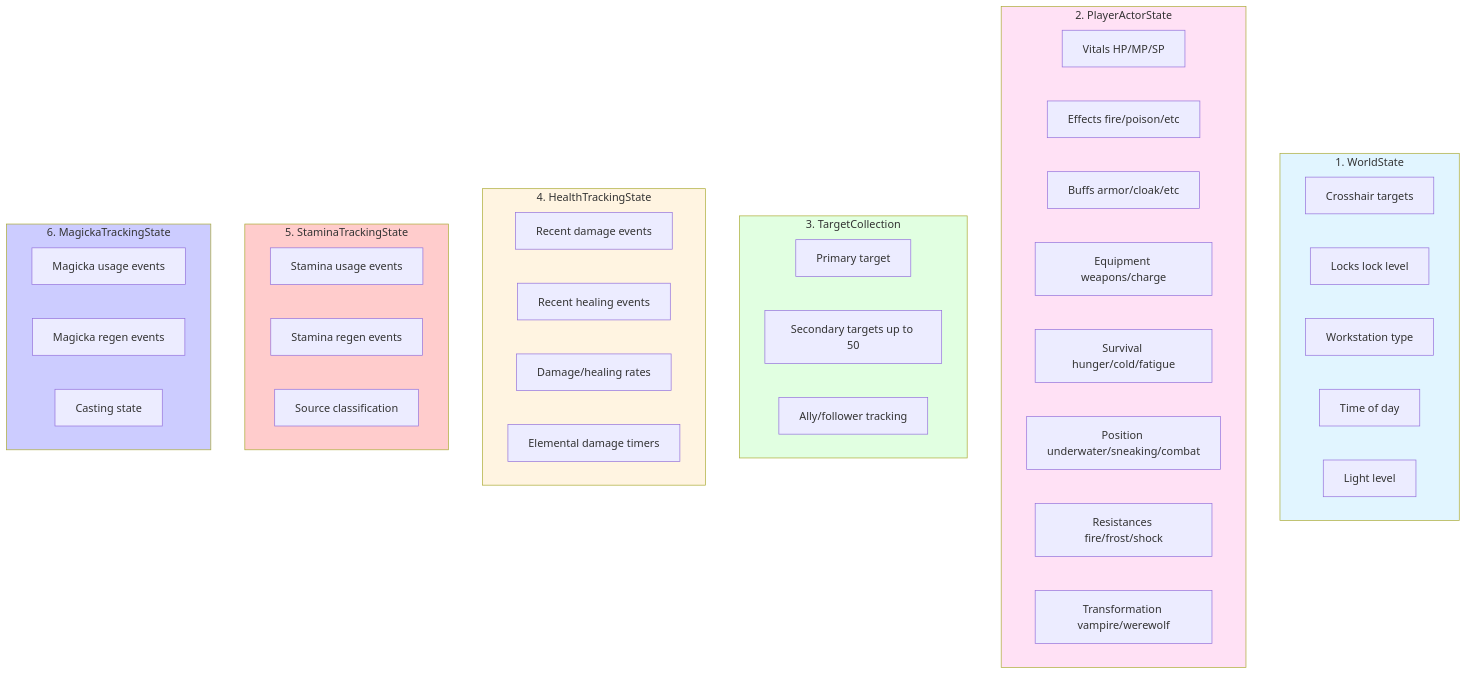
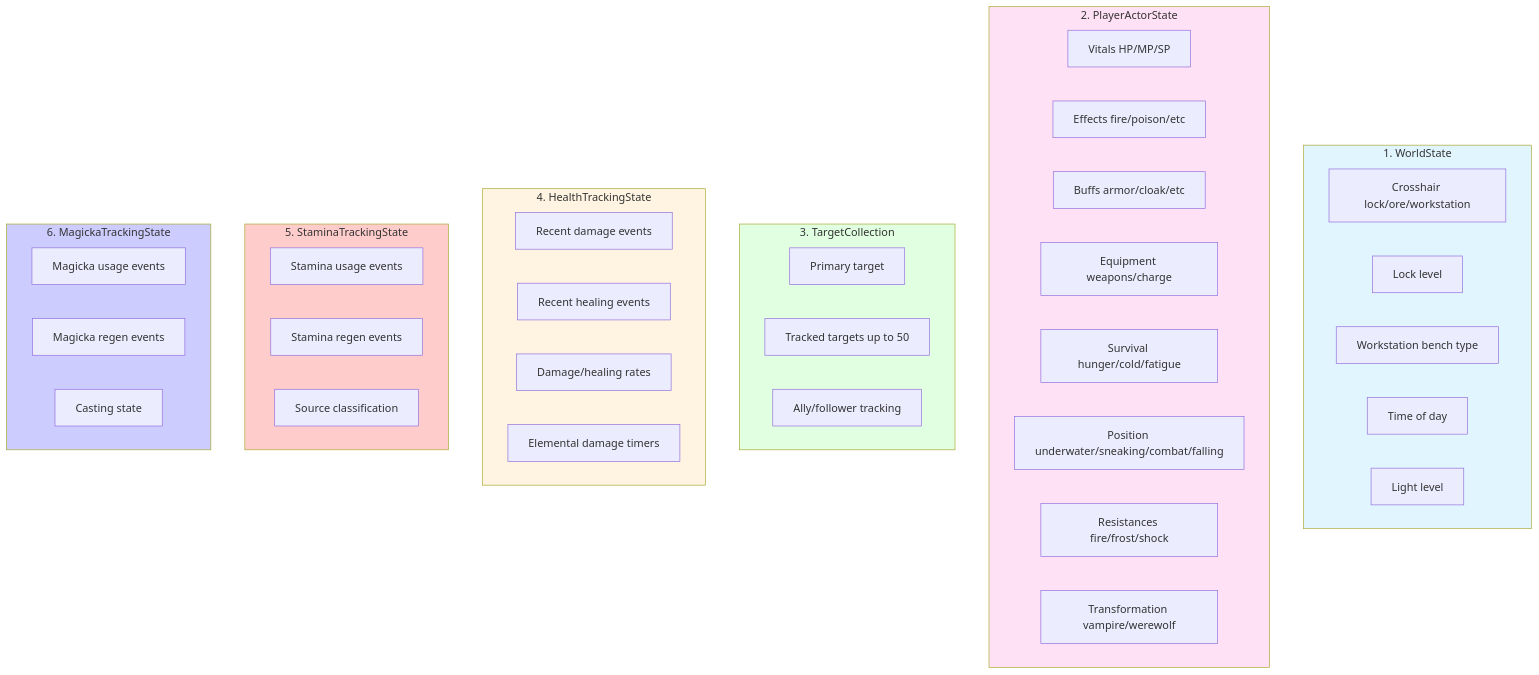
Before and after one commit to LandingCrew/huginn: the second of 13 diagrams in docs/architecture/1-states.md, drawn with Mermaid. The commit also changed other lines of this file and 27 other files, not shown here.

````diff
--- a/docs/architecture/1-states.md
+++ b/docs/architecture/1-states.md
@@ -75,53 +103,53 @@
 ```mermaid
 graph TB
     subgraph WS[1. WorldState]
-        WS1[Crosshair targets]
-        WS2[Locks lock level]
-        WS3[Workstation type]
+        WS1[Crosshair lock/ore/workstation]
+        WS2[Lock level]
+        WS3[Workstation bench type]
         WS4[Time of day]
         WS5[Light level]
     end
 
     subgraph PAS[2. PlayerActorState]
         PAS1[Vitals HP/MP/SP]
         PAS2[Effects fire/poison/etc]
         PAS3[Buffs armor/cloak/etc]
         PAS4[Equipment weapons/charge]
         PAS5[Survival hunger/cold/fatigue]
-        PAS6[Position underwater/sneaking/combat]
+        PAS6[Position underwater/sneaking/combat/falling]
         PAS7[Resistances fire/frost/shock]
         PAS8[Transformation vampire/werewolf]
     end
 
     subgraph TC[3. TargetCollection]
         TC1[Primary target]
-        TC2[Secondary targets up to 50]
+        TC2[Tracked targets up to 50]
         TC3[Ally/follower tracking]
     end
 
     subgraph HTS[4. HealthTrackingState]
         HTS1[Recent damage events]
         HTS2[Recent healing events]
         HTS3[Damage/healing rates]
         HTS4[Elemental damage timers]
     end
 
     subgraph STS[5. StaminaTrackingState]
         STS1[Stamina usage events]
         STS2[Stamina regen events]
         STS3[Source classification]
     end
 
     subgraph MTS[6. MagickaTrackingState]
         MTS1[Magicka usage events]
         MTS2[Magicka regen events]
         MTS3[Casting state]
     end
 
     style WS fill:#e1f5ff
     style PAS fill:#ffe1f5
     style TC fill:#e1ffe1
     style HTS fill:#fff4e1
     style STS fill:#ffcccc
     style MTS fill:#ccccff
 ```
````
